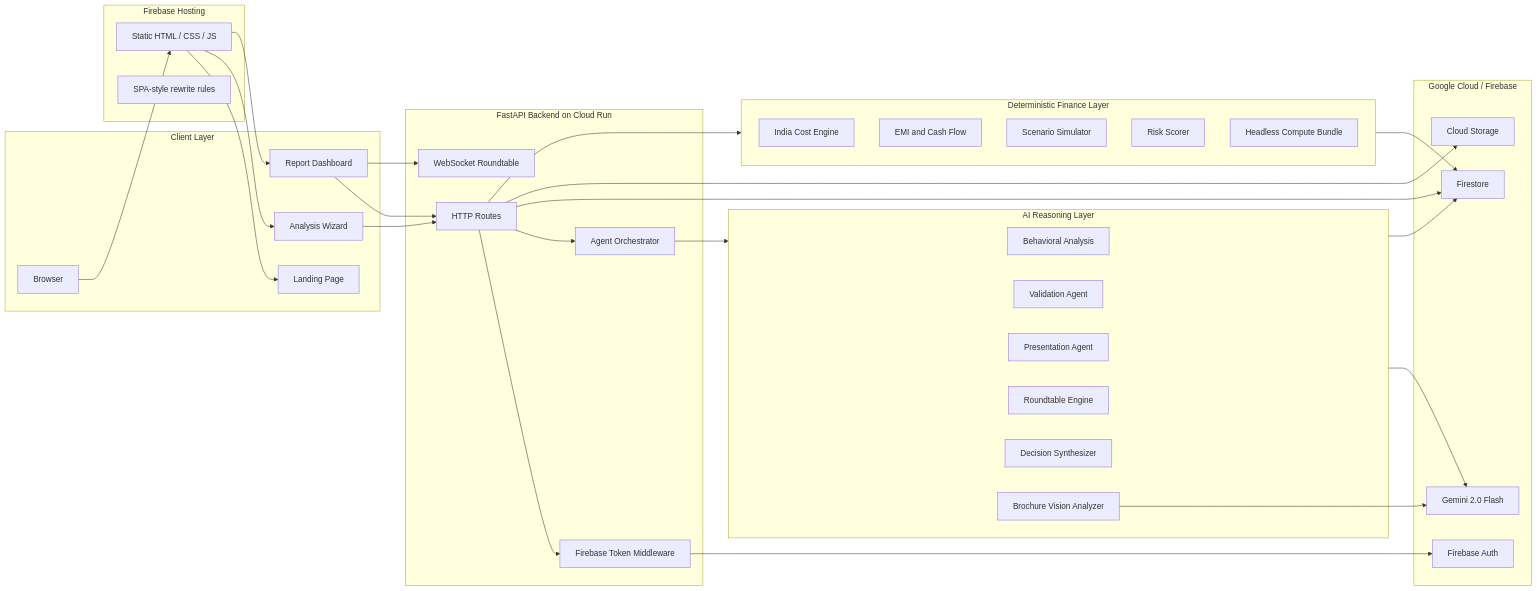
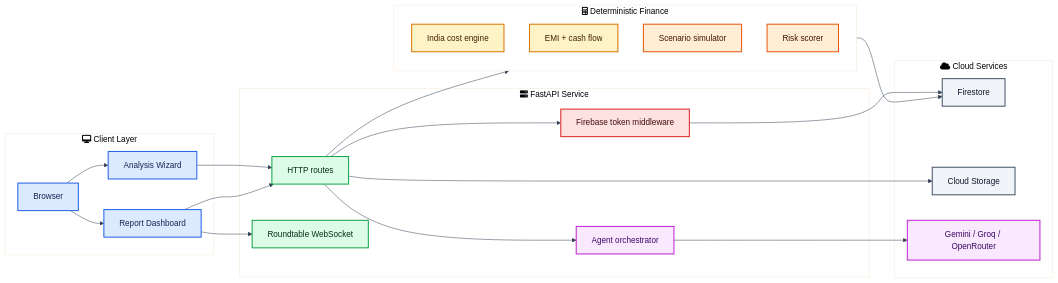
Before and after one commit to HeetRanpura/NIV-AI: the fifth of 15 diagrams in README.md, drawn with Mermaid. The commit also changed other lines of this file, not shown here.

Commit message:
Refine README diagrams and cost model

````diff
--- a/README.md
+++ b/README.md
@@ -341,65 +490,50 @@
 ```mermaid
+%%{init: {"theme":"base","themeVariables":{"primaryColor":"#eff6ff","primaryBorderColor":"#2563eb","lineColor":"#334155","fontFamily":"Inter, Arial"}}}%%
 flowchart LR
-    subgraph Client["Client Layer"]
-        Browser["Browser"]
-        Landing["Landing Page"]
-        Wizard["Analysis Wizard"]
-        Dashboard["Report Dashboard"]
+    subgraph Client["fa:fa-desktop Client Layer"]
+        Browser["Browser"]:::client
+        Wizard["Analysis Wizard"]:::client
+        Dashboard["Report Dashboard"]:::client
     end
 
-    subgraph Hosting["Firebase Hosting"]
-        Static["Static HTML / CSS / JS"]
-        Rewrite["SPA-style rewrite rules"]
+    subgraph API["fa:fa-server FastAPI Service"]
+        Routes["HTTP routes"]:::api
+        Auth["Firebase token middleware"]:::security
+        WS["Roundtable WebSocket"]:::api
+        Orchestrator["Agent orchestrator"]:::ai
     end
 
-    subgraph API["FastAPI Backend on Cloud Run"]
-        Routes["HTTP Routes"]
-        WS["WebSocket Roundtable"]
-        Auth["Firebase Token Middleware"]
-        Orchestrator["Agent Orchestrator"]
+    subgraph Finance["fa:fa-calculator Deterministic Finance"]
+        Cost["India cost engine"]:::math
+        EMI["EMI + cash flow"]:::math
+        Scenario["Scenario simulator"]:::risk
+        Score["Risk scorer"]:::risk
     end
 
-    subgraph Finance["Deterministic Finance Layer"]
-        Cost["India Cost Engine"]
-        EMI["EMI and Cash Flow"]
-        Scenario["Scenario Simulator"]
-        Risk["Risk Scorer"]
-        Compute["Headless Compute Bundle"]
+    subgraph Cloud["fa:fa-cloud Cloud Services"]
+        Firestore["Firestore"]:::cloud
+        Storage["Cloud Storage"]:::cloud
+        Gemini["Gemini / Groq / OpenRouter"]:::ai
     end
 
-    subgraph AI["AI Reasoning Layer"]
-        Behavioral["Behavioral Analysis"]
-        Validation["Validation Agent"]
-        Presentation["Presentation Agent"]
-        Discussion["Roundtable Engine"]
-        Synth["Decision Synthesizer"]
-        Brochure["Brochure Vision Analyzer"]
-    end
-
-    subgraph Cloud["Google Cloud / Firebase"]
-        Firestore["Firestore"]
-        Storage["Cloud Storage"]
-        Gemini["Gemini 2.0 Flash"]
-        AuthSvc["Firebase Auth"]
-    end
-
-    Browser --> Static
-    Static --> Landing
-    Static --> Wizard
-    Static --> Dashboard
+    Browser --> Wizard
+    Browser --> Dashboard
     Wizard --> Routes
     Dashboard --> Routes
     Dashboard --> WS
-
     Routes --> Auth
-    Auth --> AuthSvc
+    Auth --> Firestore
     Routes --> Finance
     Routes --> Orchestrator
-    Orchestrator --> AI
-    AI --> Gemini
-    Brochure --> Gemini
-    Routes --> Firestore
+    Orchestrator --> Gemini
+    Finance --> Firestore
     Routes --> Storage
-    Finance --> Firestore
-    AI --> Firestore
+
+    classDef client fill:#dbeafe,stroke:#2563eb,stroke-width:2px,color:#172554;
+    classDef api fill:#dcfce7,stroke:#16a34a,stroke-width:2px,color:#052e16;
+    classDef security fill:#fee2e2,stroke:#dc2626,stroke-width:2px,color:#450a0a;
+    classDef math fill:#fef3c7,stroke:#d97706,stroke-width:2px,color:#422006;
+    classDef risk fill:#ffedd5,stroke:#ea580c,stroke-width:2px,color:#431407;
+    classDef ai fill:#fae8ff,stroke:#c026d3,stroke-width:2px,color:#3b0764;
+    classDef cloud fill:#f1f5f9,stroke:#475569,stroke-width:2px,color:#0f172a;
 ```
````
